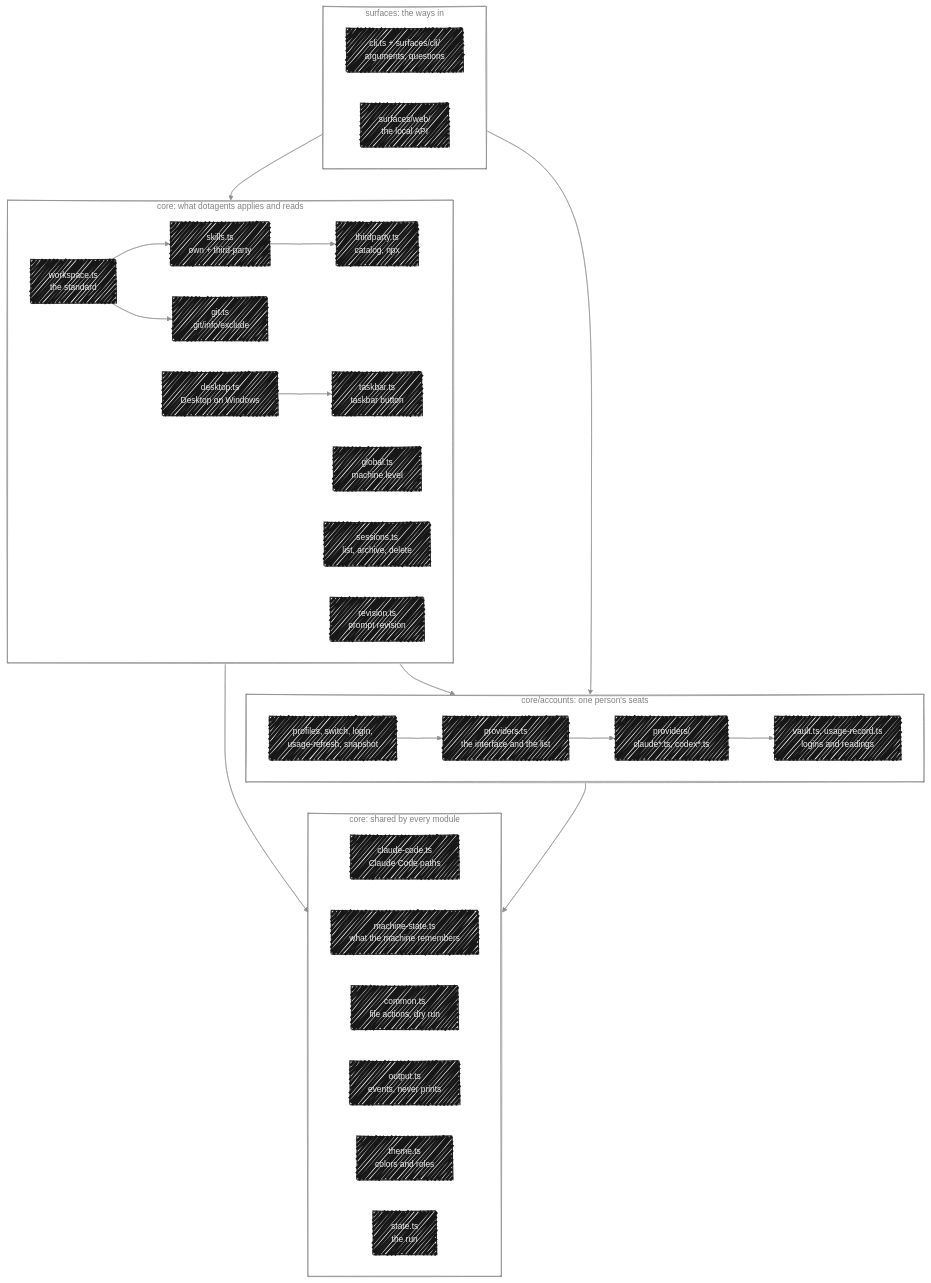
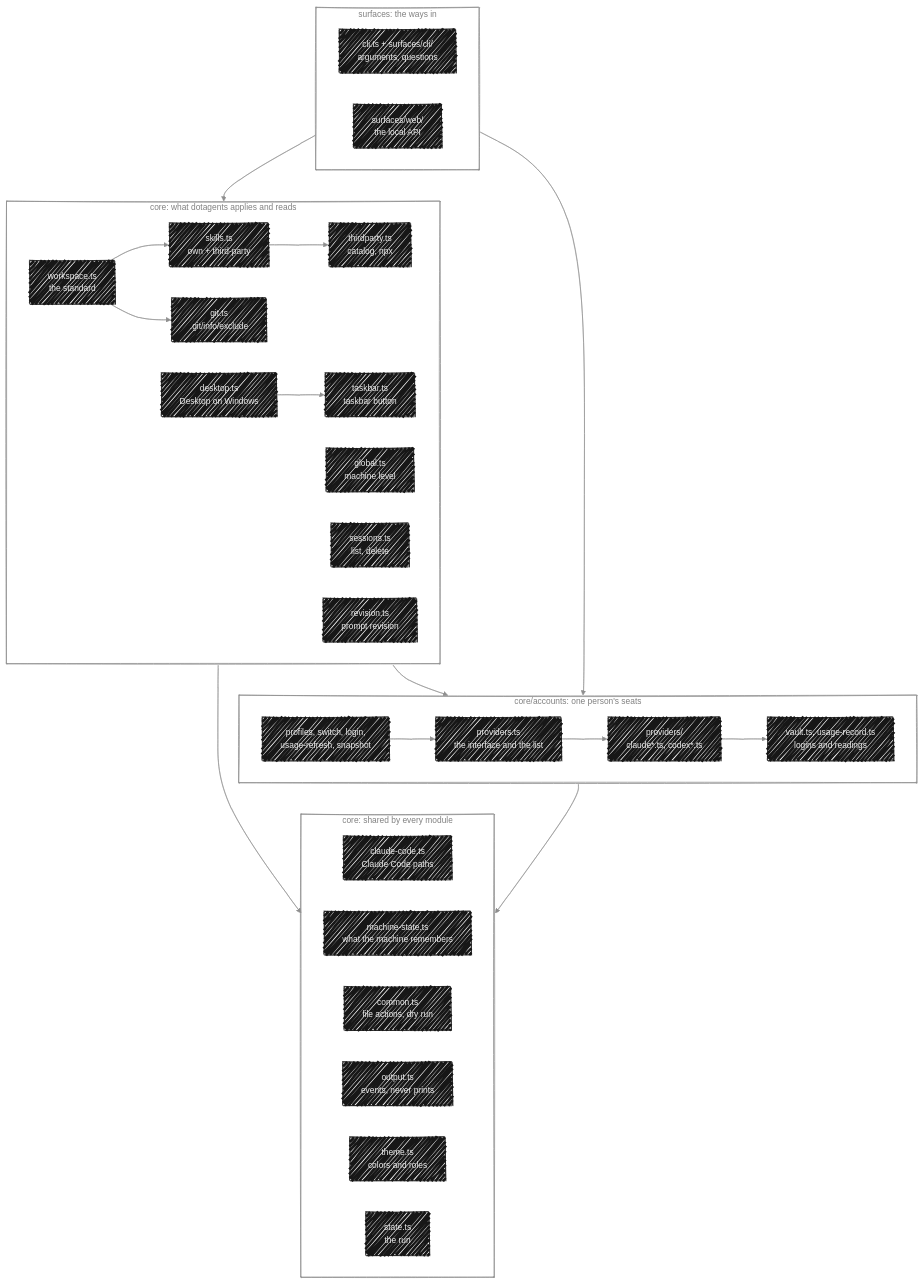
Before and after one commit to dotagents-org/dotagents-core: the diagram in docs/architecture.md, drawn with Mermaid. The commit also changed other lines of this file and 11 other files, not shown here.

Commit message:
♻️ refactor(sessions)!: make sessions rm only delete, for claude code and codex, and drop the archive step and --no-archive

````diff
--- a/docs/architecture.md
+++ b/docs/architecture.md
@@ -39,38 +39,38 @@
 ```mermaid
 %%{init: {"look": "handDrawn", "handDrawnSeed": 3, "theme": "base", "themeVariables": {"fontFamily": "Geist Mono, ui-monospace, SFMono-Regular, Menlo, Consolas, monospace", "fontSize": "14px", "primaryColor": "#171717", "primaryTextColor": "#ededed", "primaryBorderColor": "#171717", "lineColor": "#8f8f8f", "textColor": "#171717", "edgeLabelBackground": "#ededed", "clusterBkg": "transparent", "clusterBorder": "#8f8f8f", "titleColor": "#808080"}}}%%
 flowchart TB
     subgraph surfaces["surfaces: the ways in"]
         direction LR
         cli["cli.ts + surfaces/cli/<br/>arguments, questions"]
         web["surfaces/web/<br/>the local API"]
     end
 
     subgraph features["core: what dotagents applies and reads"]
         direction LR
         workspace["workspace.ts<br/>the standard"] --> skills["skills.ts<br/>own + third-party"] --> thirdparty["thirdparty.ts<br/>catalog, npx"]
         workspace --> git["git.ts<br/>.git/info/exclude"]
         global["global.ts<br/>machine level"]
         desktop["desktop.ts<br/>Desktop on Windows"] --> taskbar["taskbar.ts<br/>taskbar button"]
-        sessions["sessions.ts<br/>list, archive, delete"]
+        sessions["sessions.ts<br/>list, delete"]
         revision["revision.ts<br/>prompt revision"]
     end
 
     subgraph accounts["core/accounts: one person's seats"]
         direction LR
         coordination["profiles, switch, login,<br/>usage-refresh, snapshot"] --> providers["providers.ts<br/>the interface and the list"] --> adapters["providers/<br/>claude*.ts, codex*.ts"] --> storage["vault.ts, usage-record.ts<br/>logins and readings"]
     end
 
     subgraph shared["core: shared by every module"]
         direction LR
         paths["claude-code.ts<br/>Claude Code paths"]
         memory["machine-state.ts<br/>what the machine remembers"]
         common["common.ts<br/>file actions, dry run"]
         output["output.ts<br/>events, never prints"]
         theme["theme.ts<br/>colors and roles"]
         run["state.ts<br/>the run"]
     end
 
     surfaces --> features --> shared
     surfaces --> accounts --> shared
     features --> accounts
 ```
````
